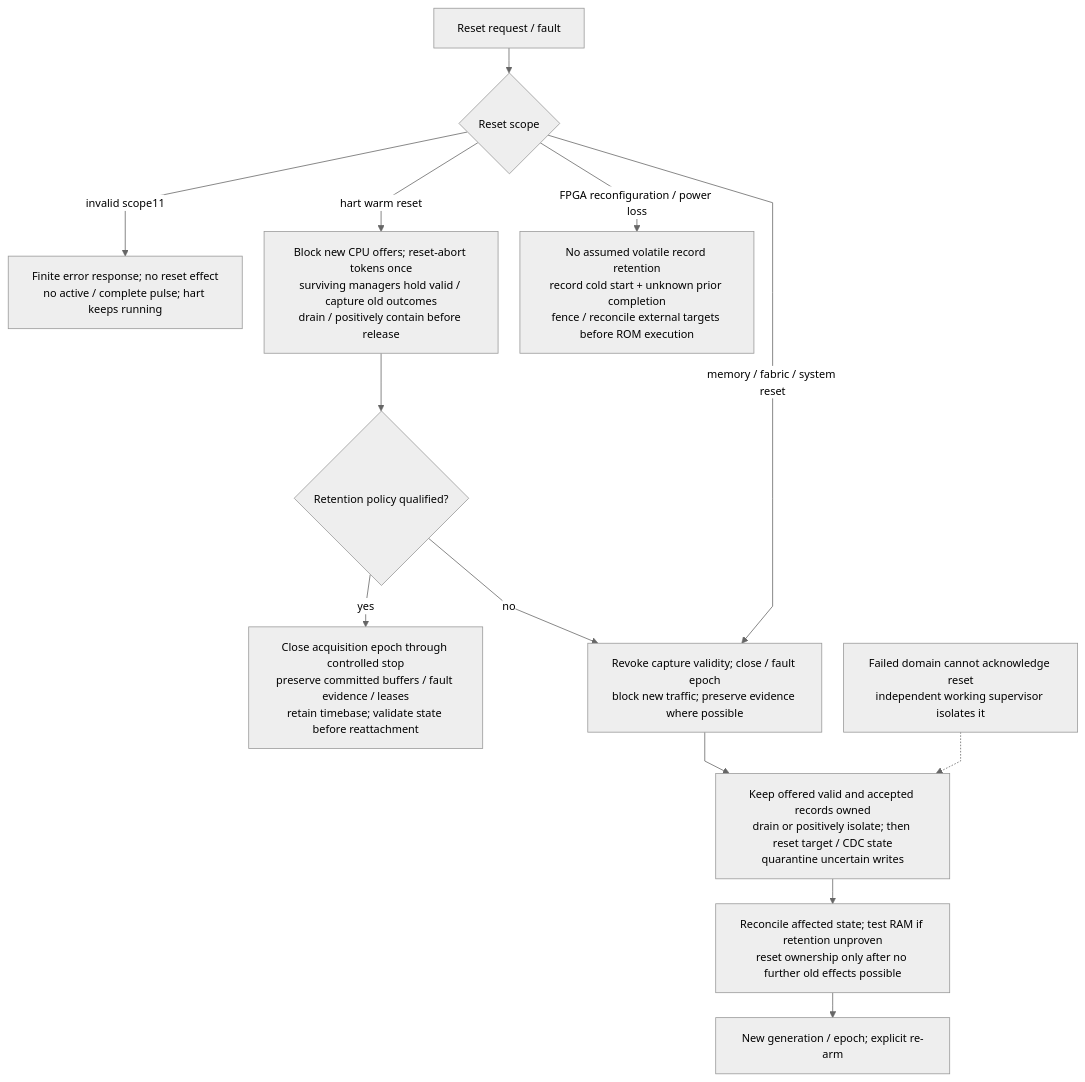
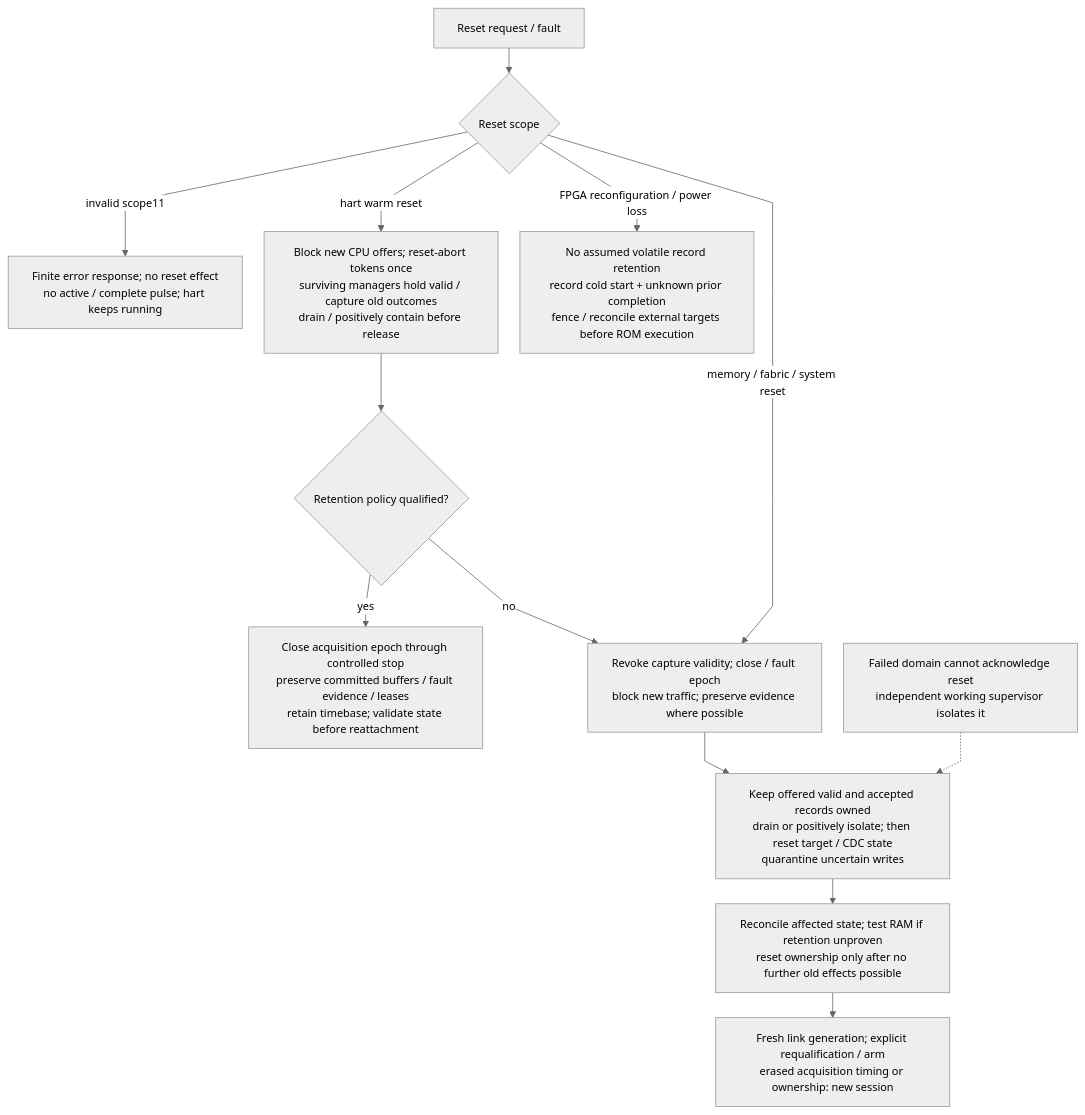
Diagram 27 of 29 in microcontroller/memory/README.md (baolgn/DRG-pain-project), drawn with Mermaid before and after one commit. The commit also changed other lines of this file and 25 other files, not shown here.

````diff
--- a/microcontroller/memory/README.md
+++ b/microcontroller/memory/README.md
@@ -567,16 +569,16 @@
 ```mermaid
 %%{init: {"theme":"neutral","fontFamily":"Arial,sans-serif","themeVariables":{"fontFamily":"Arial,sans-serif","fontSize":"14px"},"flowchart":{"htmlLabels":true,"minNodeWidth":0,"wrappingWidth":240,"nodeSpacing":28,"rankSpacing":32,"curve":"linear"}}}%%
 flowchart TB
     REQ["Reset request / fault"] --> SCOPE{"Reset scope"}
     SCOPE -->|"invalid scope11"| REJECT["Finite error response; no reset effect<br/>no active / complete pulse; hart keeps running"]
     SCOPE -->|"hart warm reset"| CPU["Block new CPU offers; reset-abort tokens once<br/>surviving managers hold valid / capture old outcomes<br/>drain / positively contain before release"]
     CPU --> POLICY{"Retention policy qualified?"}
     POLICY -->|"yes"| KEEP["Close acquisition epoch through controlled stop<br/>preserve committed buffers / fault evidence / leases<br/>retain timebase; validate state before reattachment"]
     POLICY -->|"no"| STOP
     SCOPE -->|"memory / fabric / system reset"| STOP["Revoke capture validity; close / fault epoch<br/>block new traffic; preserve evidence where possible"]
     STOP --> OLD["Keep offered valid and accepted records owned<br/>drain or positively isolate; then reset target / CDC state<br/>quarantine uncertain writes"]
     OLD --> TEST["Reconcile affected state; test RAM if retention unproven<br/>reset ownership only after no further old effects possible"]
-    TEST --> START["New generation / epoch; explicit re-arm"]
+    TEST --> START["Fresh link generation; explicit requalification / arm<br/>erased acquisition timing or ownership: new session"]
     SCOPE -->|"FPGA reconfiguration / power loss"| BOOT["No assumed volatile record retention<br/>record cold start + unknown prior completion<br/>fence / reconcile external targets before ROM execution"]
     CLK["Failed domain cannot acknowledge reset<br/>independent working supervisor isolates it"] -.-> OLD
 ```
````
